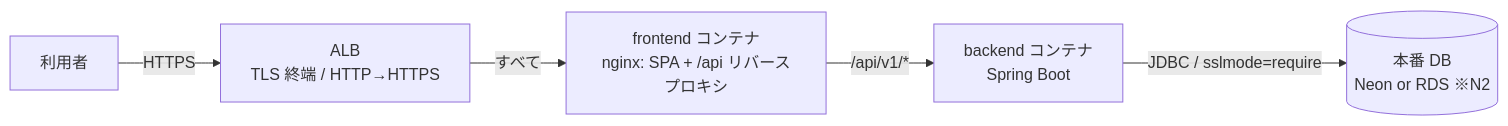
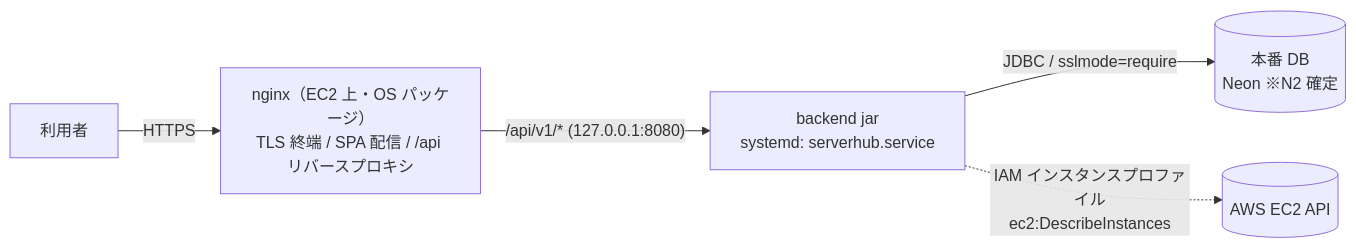
Before and after one commit to hayatoogawa1/serverhub: the fourth of 4 diagrams in docs/design/basic/01-architecture.md, drawn with Mermaid. The commit also changed other lines of this file and 21 other files, not shown here.

````diff
--- a/docs/design/basic/01-architecture.md
+++ b/docs/design/basic/01-architecture.md
@@ -59,7 +59,7 @@
 ```mermaid
 flowchart LR
-  U[利用者] -->|HTTPS| ALB[ALB<br/>TLS 終端 / HTTP→HTTPS]
-  ALB -->|"すべて"| NG[frontend コンテナ<br/>nginx: SPA + /api リバースプロキシ]
-  NG -->|"/api/v1/*"| APP[backend コンテナ<br/>Spring Boot]
-  APP -->|"JDBC / sslmode=require"| PDB[(本番 DB<br/>Neon or RDS ※N2)]
+  U[利用者] -->|HTTPS| NG[nginx（EC2 上・OS パッケージ）<br/>TLS 終端 / SPA 配信 / /api リバースプロキシ]
+  NG -->|"/api/v1/*  (127.0.0.1:8080)"| APP[backend jar<br/>systemd: serverhub.service]
+  APP -->|"JDBC / sslmode=require"| PDB[(本番 DB<br/>Neon ※N2 確定)]
+  APP -.->|"IAM インスタンスプロファイル<br/>ec2:DescribeInstances"| EC2API[(AWS EC2 API)]
 ```
````
